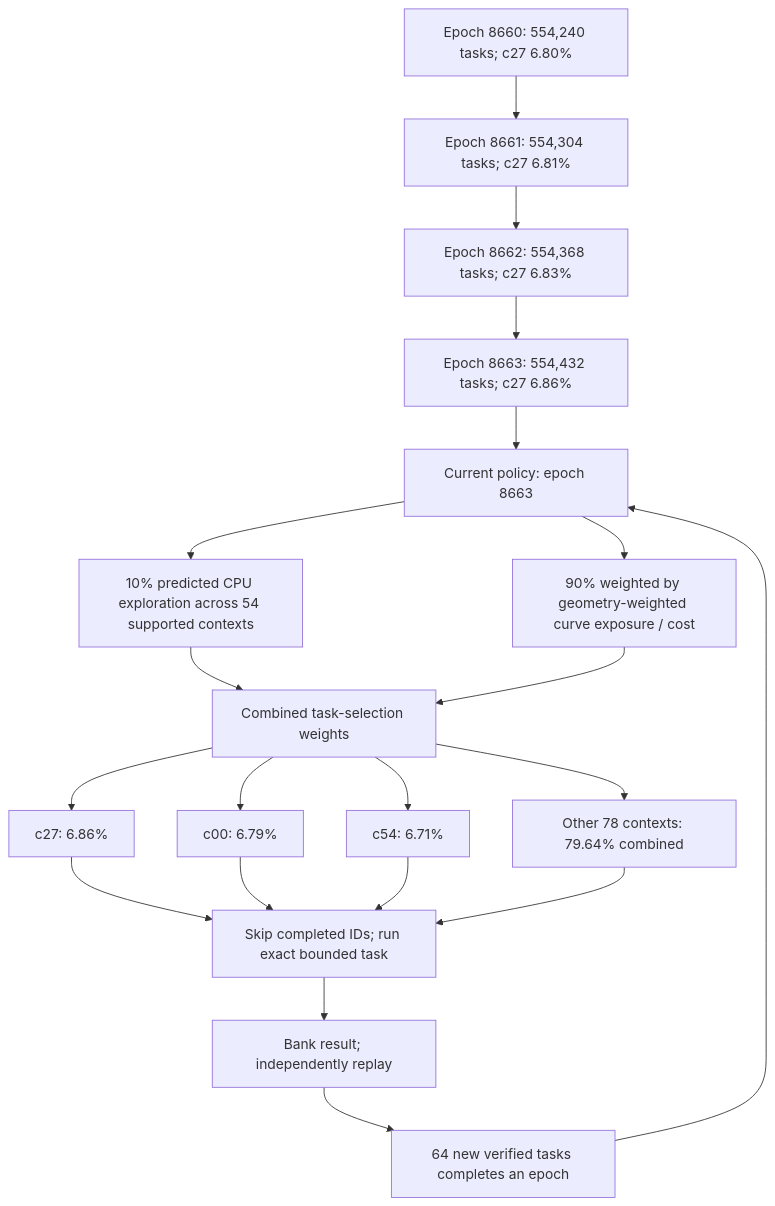
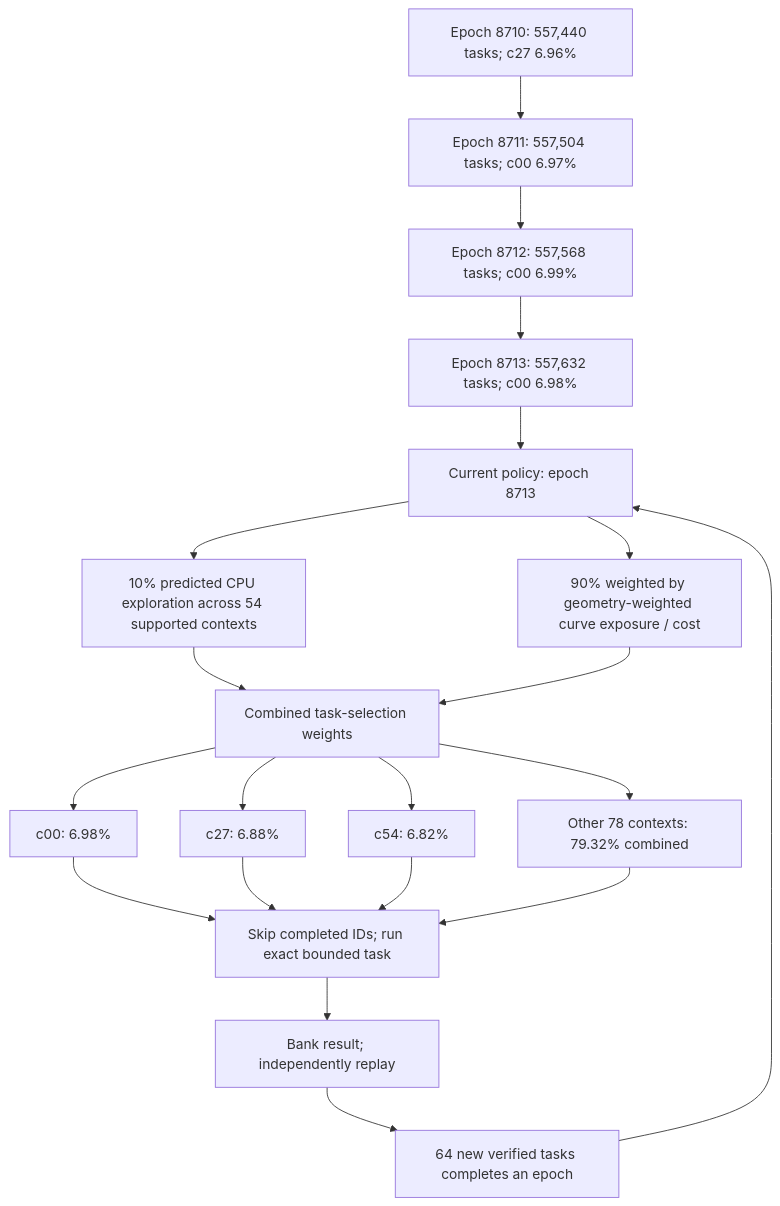
Before and after one commit to Kuberwastaken/math-gambling: the first of 4 diagrams in README.md, drawn with Mermaid. The commit also changed other lines of this file and 9435 other files, not shown here.

````diff
--- a/README.md
+++ b/README.md
@@ -60,27 +60,27 @@
 ```mermaid
 flowchart TD
-    H0["Epoch 8660: 554,240 tasks; c27 6.80%"]
-    H1["Epoch 8661: 554,304 tasks; c27 6.81%"]
+    H0["Epoch 8710: 557,440 tasks; c27 6.96%"]
+    H1["Epoch 8711: 557,504 tasks; c00 6.97%"]
     H0 --> H1
-    H2["Epoch 8662: 554,368 tasks; c27 6.83%"]
+    H2["Epoch 8712: 557,568 tasks; c00 6.99%"]
     H1 --> H2
-    H3["Epoch 8663: 554,432 tasks; c27 6.86%"]
+    H3["Epoch 8713: 557,632 tasks; c00 6.98%"]
     H2 --> H3
-    Policy["Current policy: epoch 8663"]
+    Policy["Current policy: epoch 8713"]
     H3 --> Policy
     Policy --> Explore["10% predicted CPU exploration across 54 supported contexts"]
     Policy --> Cost["90% weighted by geometry-weighted curve exposure / cost"]
     Explore --> Mix["Combined task-selection weights"]
     Cost --> Mix
-    Mix --> C0["c27: 6.86%"]
-    Mix --> C1["c00: 6.79%"]
-    Mix --> C2["c54: 6.71%"]
-    Mix --> Rest["Other 78 contexts: 79.64% combined"]
+    Mix --> C0["c00: 6.98%"]
+    Mix --> C1["c27: 6.88%"]
+    Mix --> C2["c54: 6.82%"]
+    Mix --> Rest["Other 78 contexts: 79.32% combined"]
     C0 --> Check["Skip completed IDs; run exact bounded task"]
     C1 --> Check
     C2 --> Check
     Rest --> Check
     Check --> Replay["Bank result; independently replay"]
     Replay --> Gate["64 new verified tasks completes an epoch"]
     Gate --> Policy
 ```
````
